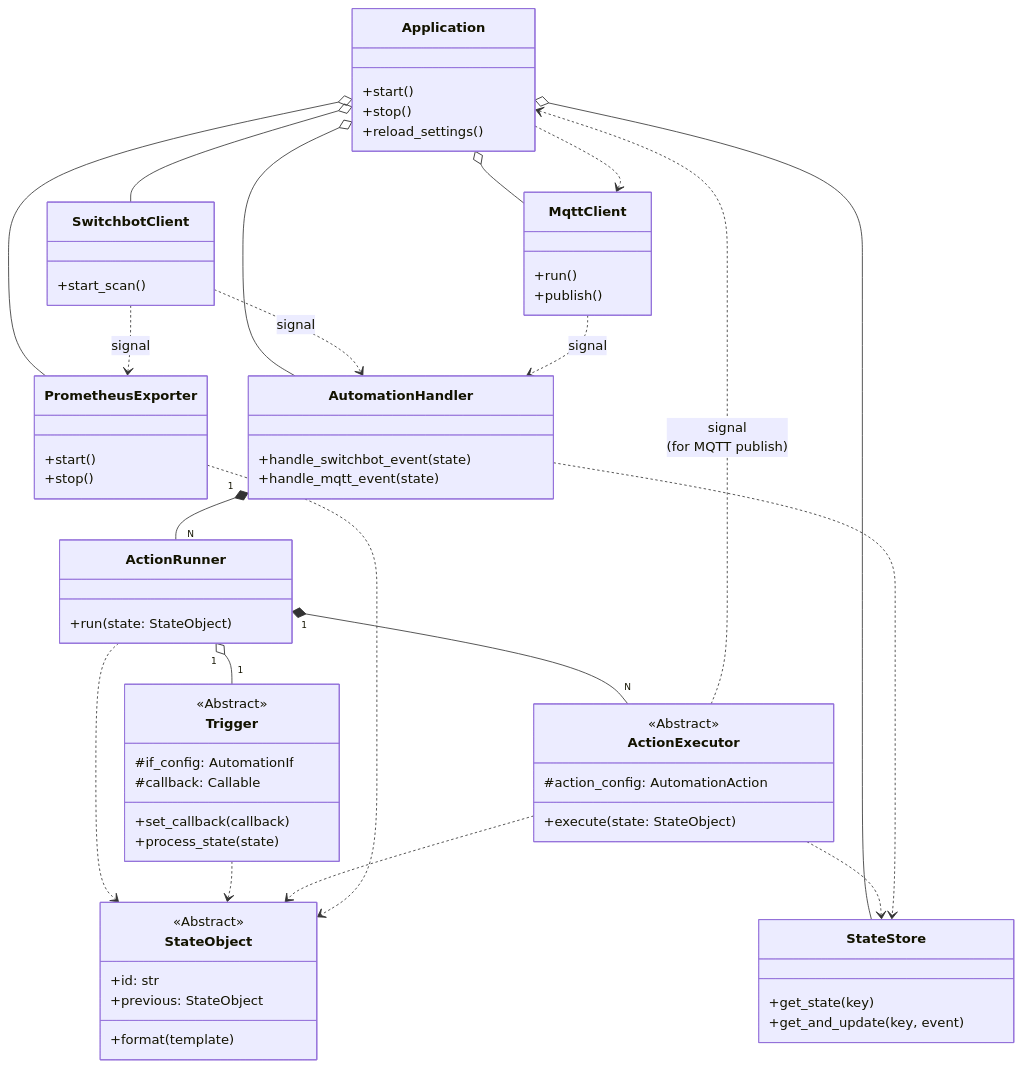
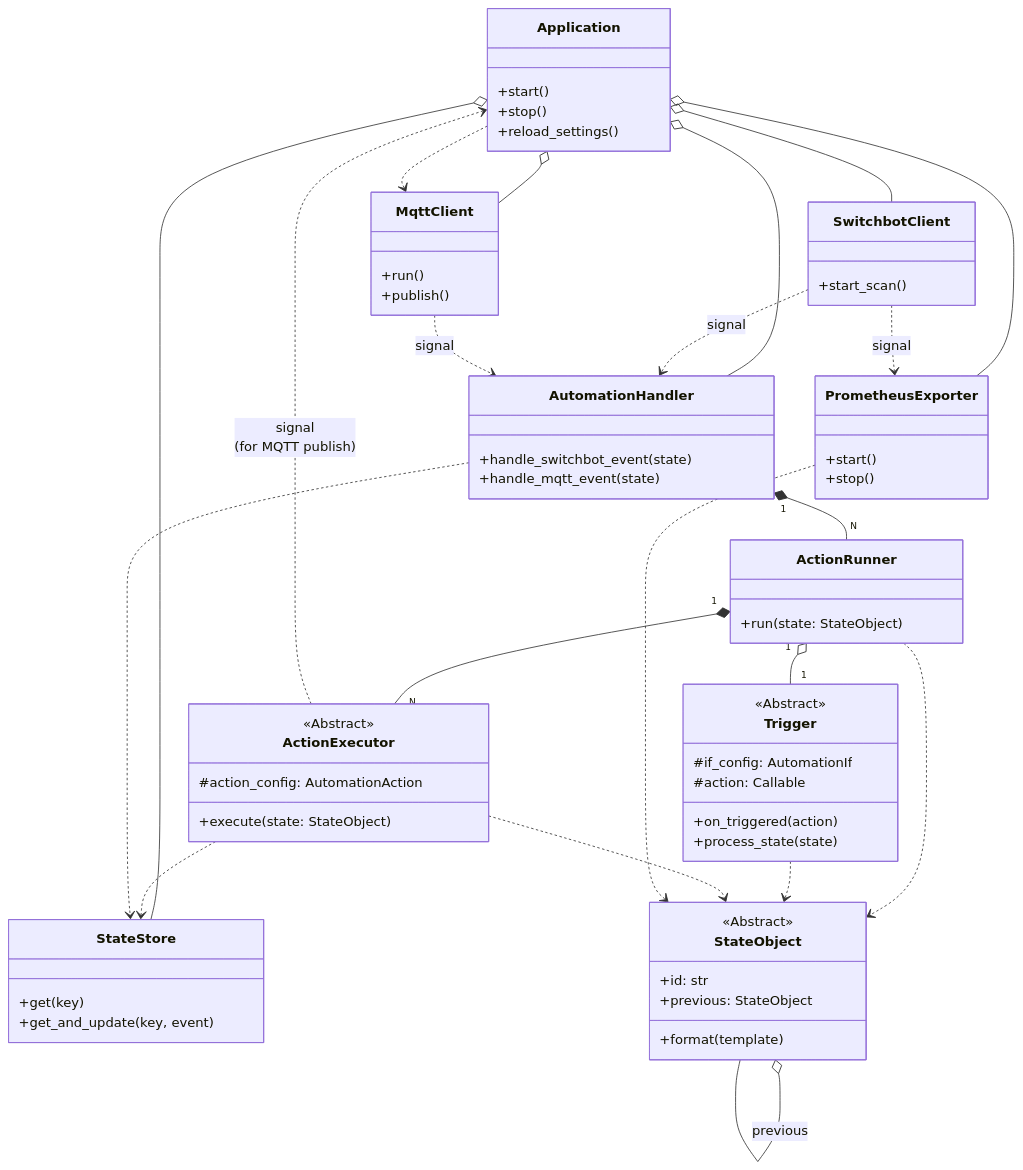
Before and after one commit to hnw/switchbot-actions: the diagram in docs/specification.md, drawn with Mermaid. The commit also changed other lines of this file, not shown here.

First line of the commit message:
docs: Align specification with current architecture

```diff
--- a/docs/specification.md
+++ b/docs/specification.md
@@ -50,8 +50,8 @@
     class Trigger {
         <<Abstract>>
         #if_config: AutomationIf
-        #callback: Callable
-        +set_callback(callback)
+        #action: Callable
+        +on_triggered(action)
         +process_state(state)
     }
 
@@ -62,7 +62,7 @@
     }
 
     class StateStore {
-        +get_state(key)
+        +get(key)
         +get_and_update(key, event)
     }
 
@@ -90,6 +90,7 @@
     ActionRunner "1" *-- "N" ActionExecutor
 
     %% --- Self-reference relationship for state history ---
+    StateObject o-- StateObject : previous
 
     %% --- Dependency (uses-a) relationships ---
     ActionRunner ..> StateObject
```
